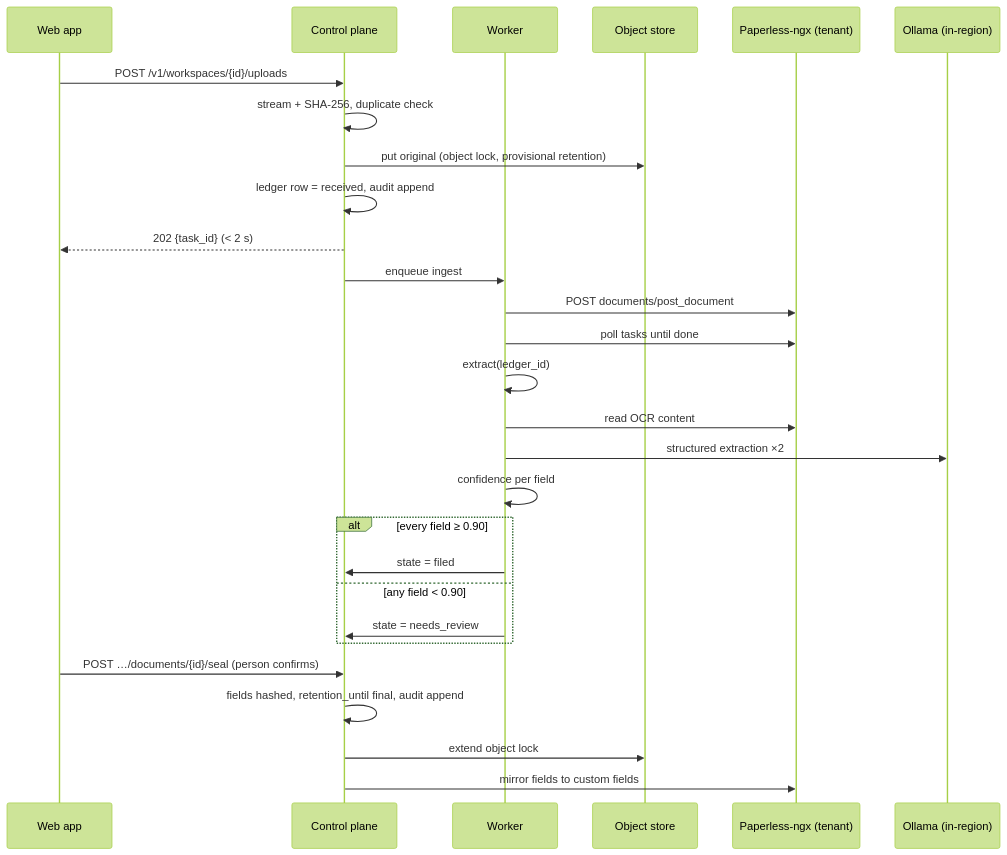
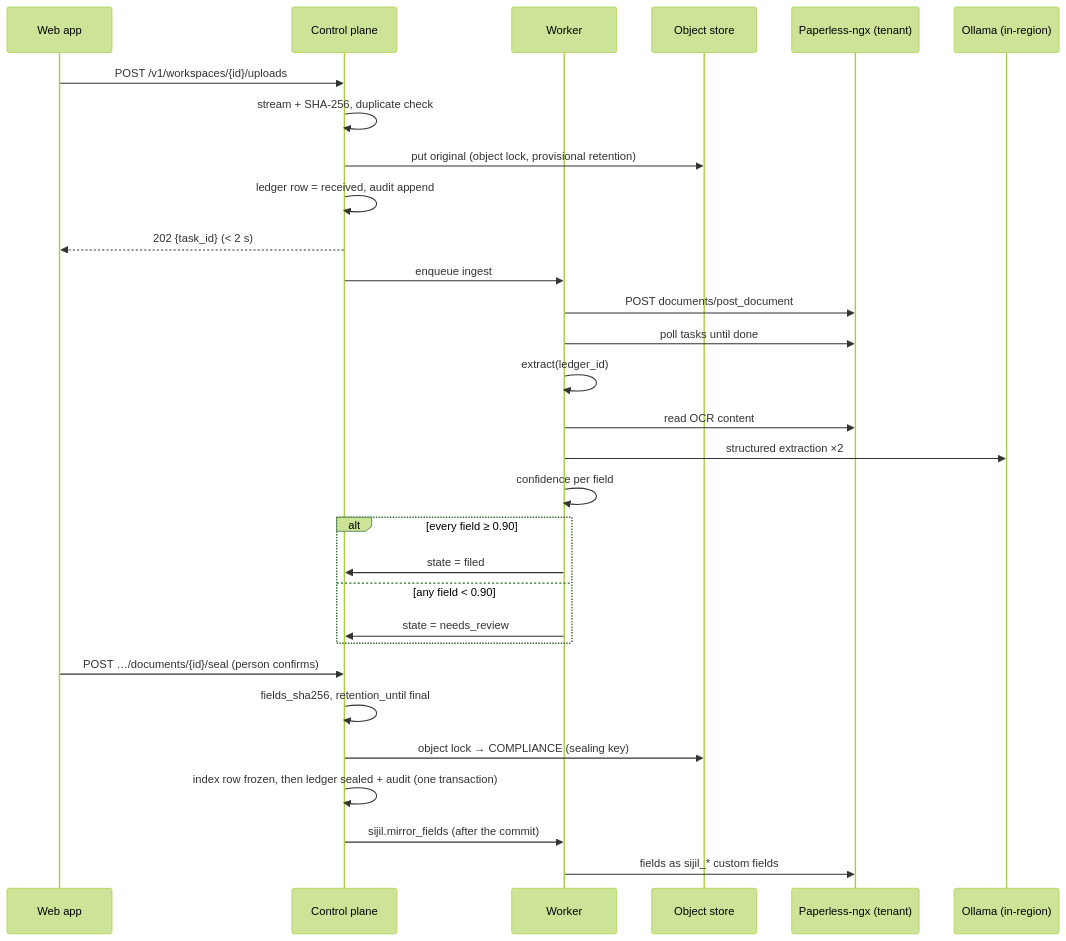
One commit to MouadBH/sijil changed the second of 2 diagrams in docs/architecture.md. Above: the diagram before and after it, drawn with Mermaid (forest theme). The commit also changed other lines of this file and 30 other files, not shown here.

First line of the commit message:
feat(cp): review queue, field edits and sealing with compliance lock

````diff
--- a/docs/architecture.md
+++ b/docs/architecture.md
@@ -78,31 +78,33 @@
 ```mermaid
 sequenceDiagram
   participant U as Web app
   participant CP as Control plane
   participant W as Worker
   participant OS as Object store
   participant P as Paperless-ngx (tenant)
   participant AI as Ollama (in-region)
 
   U->>CP: POST /v1/workspaces/{id}/uploads
   CP->>CP: stream + SHA-256, duplicate check
   CP->>OS: put original (object lock, provisional retention)
   CP->>CP: ledger row = received, audit append
   CP-->>U: 202 {task_id} (< 2 s)
   CP->>W: enqueue ingest
   W->>P: POST documents/post_document
   W->>P: poll tasks until done
   W->>W: extract(ledger_id)
   W->>P: read OCR content
   W->>AI: structured extraction ×2
   W->>W: confidence per field
   alt every field ≥ 0.90
     W->>CP: state = filed
   else any field < 0.90
     W->>CP: state = needs_review
   end
   U->>CP: POST …/documents/{id}/seal (person confirms)
-  CP->>CP: fields hashed, retention_until final, audit append
-  CP->>OS: extend object lock
-  CP->>P: mirror fields to custom fields
+  CP->>CP: fields_sha256, retention_until final
+  CP->>OS: object lock → COMPLIANCE (sealing key)
+  CP->>CP: index row frozen, then ledger sealed + audit (one transaction)
+  CP->>W: sijil.mirror_fields (after the commit)
+  W->>P: fields as sijil_* custom fields
 ```
````
